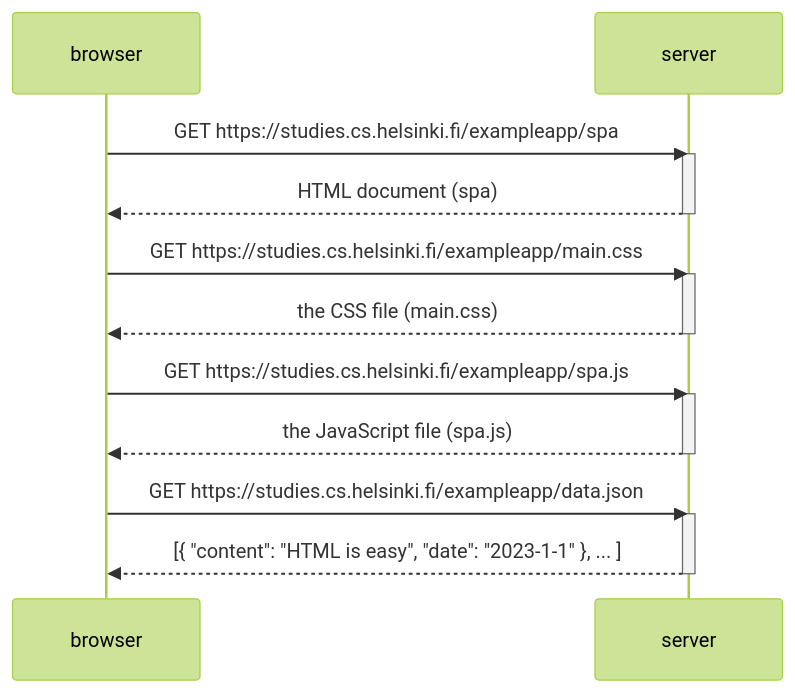
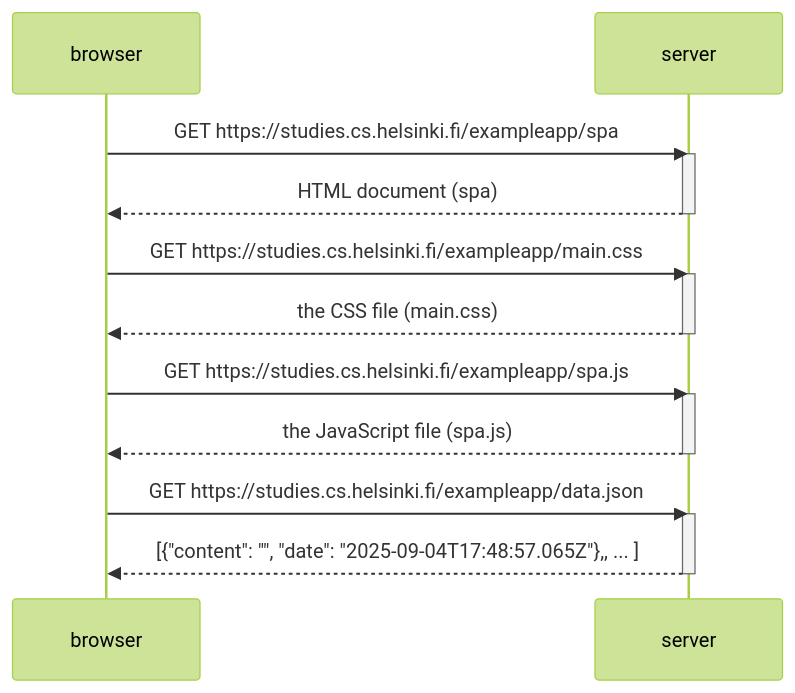
Before and after one commit to mishalyn-mei-ilmeng/part0-fullstackopen: the diagram in 0.5.md, drawn with Mermaid (forest theme).

````diff
--- a/0.5.md
+++ b/0.5.md
@@ -1,26 +1,26 @@
 ```mermaid
 sequenceDiagram
     participant browser
     participant server
 
     browser->>server: GET https://studies.cs.helsinki.fi/exampleapp/spa
     activate server
     server-->>browser: HTML document (spa)
     deactivate server
 
     browser->>server: GET https://studies.cs.helsinki.fi/exampleapp/main.css
     activate server
     server-->>browser: the CSS file (main.css)
     deactivate server
 
     browser->>server: GET https://studies.cs.helsinki.fi/exampleapp/spa.js
     activate server
     server-->>browser: the JavaScript file (spa.js)
     deactivate server
 
     browser->>server: GET https://studies.cs.helsinki.fi/exampleapp/data.json
     activate server
-    server-->>browser: [{ "content": "HTML is easy", "date": "2023-1-1" }, ... ]
+    server-->>browser: [{"content": "",  "date": "2025-09-04T17:48:57.065Z"},, ... ]
     deactivate server
 
 ```
````
